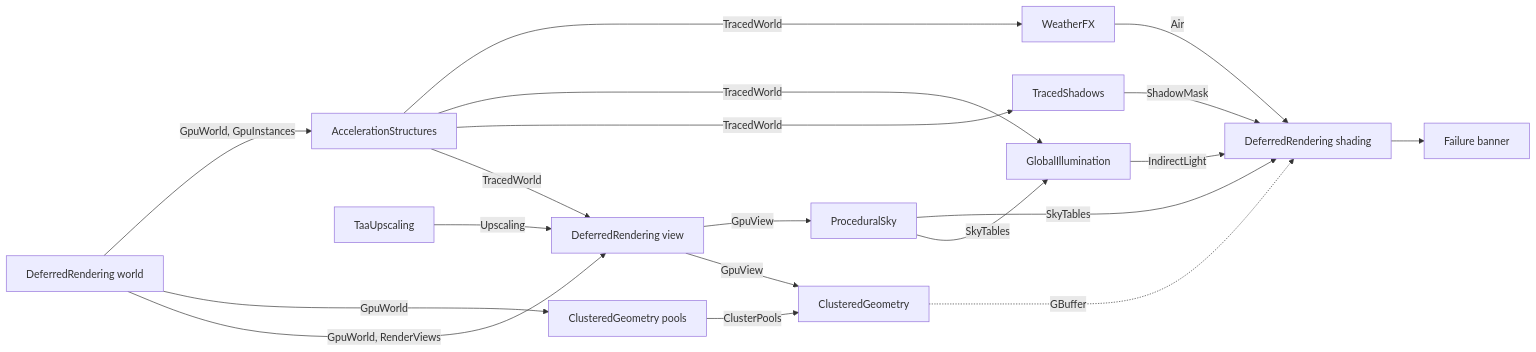
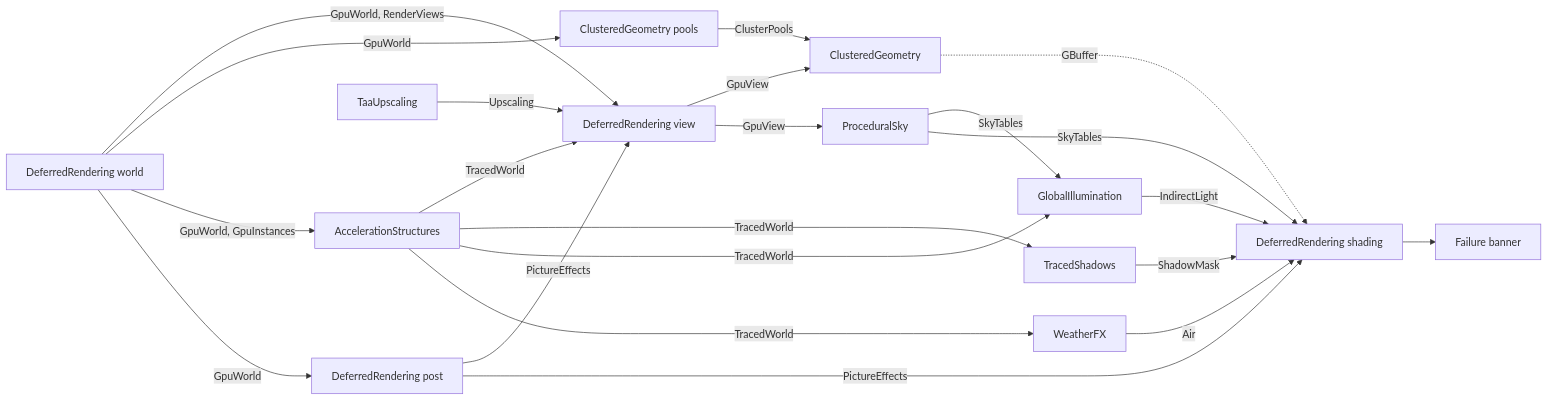
One commit to Konfus-org/Magic changed the diagram in docs/RENDERING.md. Above: the diagram before and after it, drawn with Mermaid. The commit also changed other lines of this file and 10 other files, not shown here.

````diff
--- a/docs/RENDERING.md
+++ b/docs/RENDERING.md
@@ -11,21 +11,24 @@
 ```mermaid
 flowchart LR
     World[DeferredRendering world] -- GpuWorld, RenderViews --> View[DeferredRendering view]
     World -- GpuWorld --> Pools[ClusteredGeometry pools]
     World -- GpuWorld, GpuInstances --> Accel[AccelerationStructures]
+    World -- GpuWorld --> Post[DeferredRendering post]
     Taa[TaaUpscaling] -- Upscaling --> View
+    Post -- PictureEffects --> View
     Accel -- TracedWorld --> View
     View -- GpuView --> Clusters[ClusteredGeometry]
     View -- GpuView --> Sky[ProceduralSky]
     Sky -- SkyTables --> GI
     Sky -- SkyTables --> Shading
     Pools -- ClusterPools --> Clusters
     Accel -- TracedWorld --> Shadows[TracedShadows]
     Accel -- TracedWorld --> GI[GlobalIllumination]
     Accel -- TracedWorld --> Vol[WeatherFX]
     Shadows -- ShadowMask --> Shading[DeferredRendering shading]
     GI -- IndirectLight --> Shading
     Vol -- Air --> Shading
+    Post -- PictureEffects --> Shading
     Clusters -. GBuffer .-> Shading
     Shading --> Banner[Failure banner]
 ```
````
